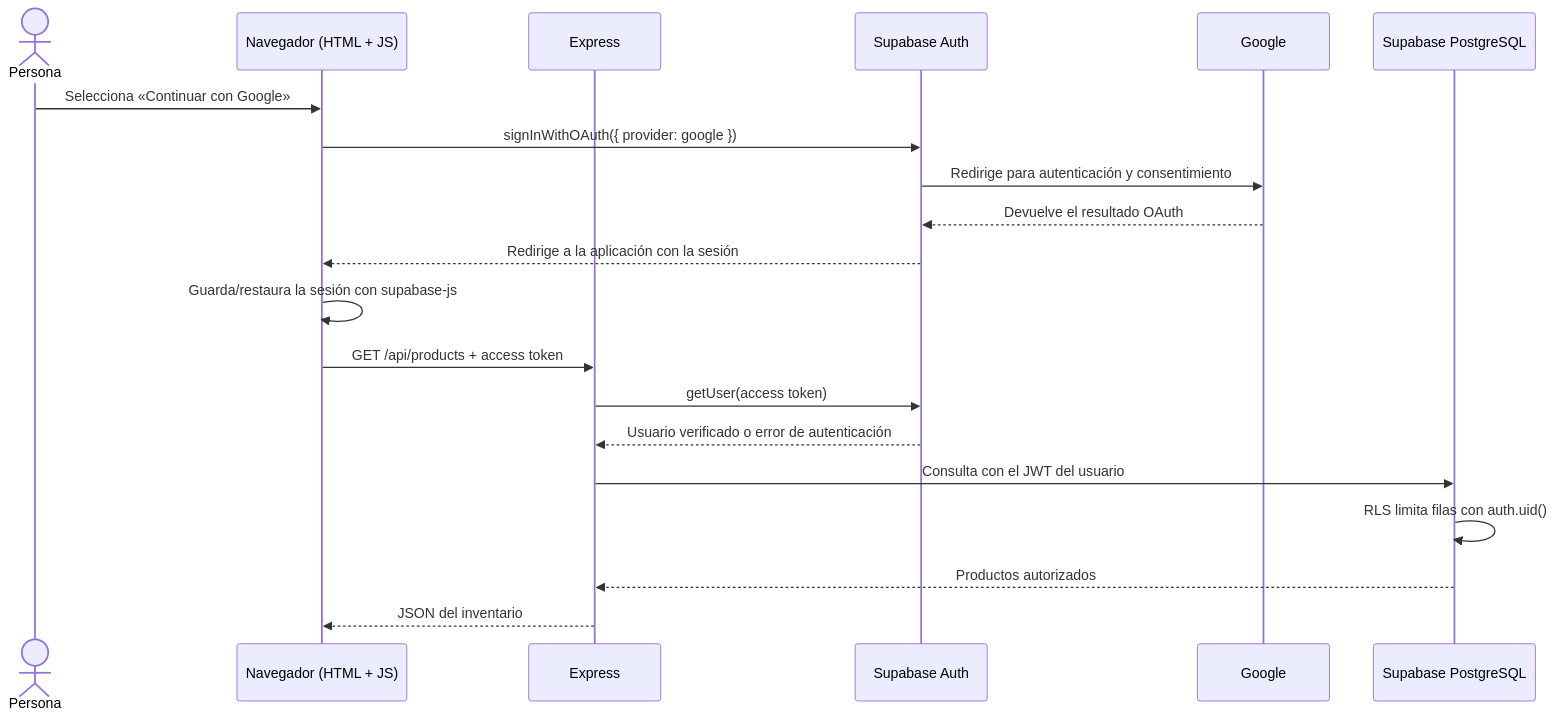
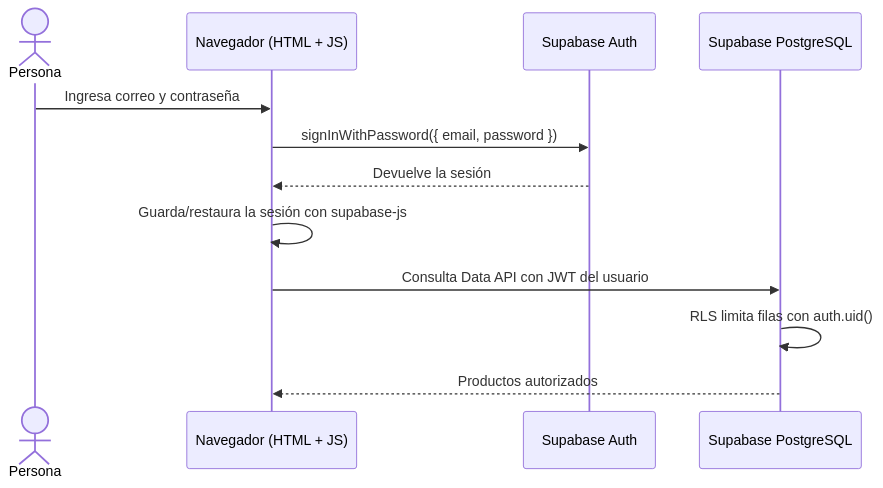
The first of 2 diagrams in docs/diseno.md (fernandopalaciospluma17-design/mini-inventario), drawn with Mermaid before and after one commit. The commit also changed other lines of this file and 56 other files, not shown here.

````diff
--- a/docs/diseno.md
+++ b/docs/diseno.md
@@ -30,23 +29,15 @@
 ```mermaid
 sequenceDiagram
     actor Persona
     participant Browser as Navegador (HTML + JS)
-    participant Express
     participant Auth as Supabase Auth
-    participant Google
     participant DB as Supabase PostgreSQL
 
-    Persona->>Browser: Selecciona «Continuar con Google»
-    Browser->>Auth: signInWithOAuth({ provider: google })
-    Auth->>Google: Redirige para autenticación y consentimiento
-    Google-->>Auth: Devuelve el resultado OAuth
-    Auth-->>Browser: Redirige a la aplicación con la sesión
+    Persona->>Browser: Ingresa correo y contraseña
+    Browser->>Auth: signInWithPassword({ email, password })
+    Auth-->>Browser: Devuelve la sesión
     Browser->>Browser: Guarda/restaura la sesión con supabase-js
-    Browser->>Express: GET /api/products + access token
-    Express->>Auth: getUser(access token)
-    Auth-->>Express: Usuario verificado o error de autenticación
-    Express->>DB: Consulta con el JWT del usuario
+    Browser->>DB: Consulta Data API con JWT del usuario
     DB->>DB: RLS limita filas con auth.uid()
-    DB-->>Express: Productos autorizados
-    Express-->>Browser: JSON del inventario
+    DB-->>Browser: Productos autorizados
 ```
````
